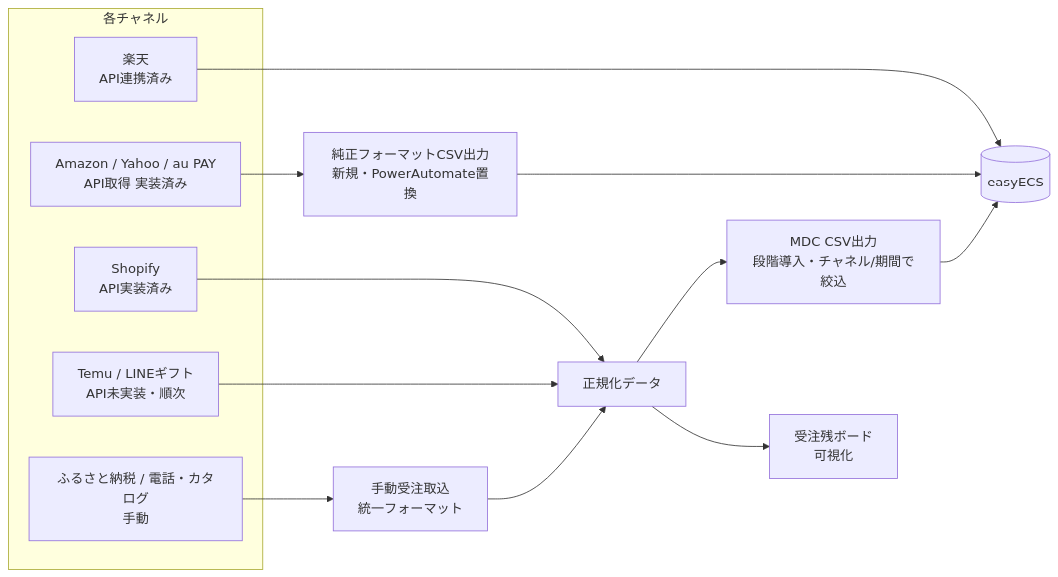
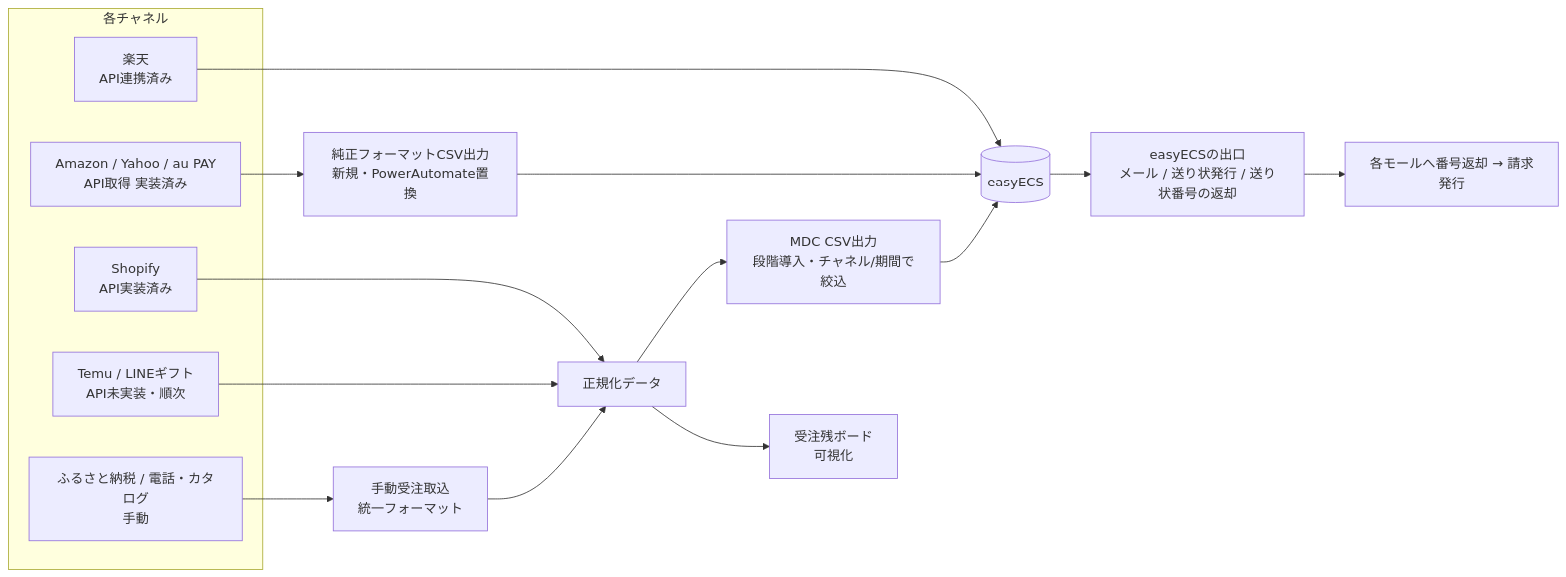
Before and after one commit to CHOISC1208/obisidian: the third of 3 diagrams in 03_freelance/03-03_緑茶園/打ち合わせ/2026-09-16/テーマ1 - 受注チャネル統合の方向性協議.md, drawn with Mermaid. The commit also changed other lines of this file and 9 other files, not shown here.

````diff
--- a/03_freelance/03-03_緑茶園/打ち合わせ/2026-09-16/テーマ1 - 受注チャネル統合の方向性協議.md
+++ b/03_freelance/03-03_緑茶園/打ち合わせ/2026-09-16/テーマ1 - 受注チャネル統合の方向性協議.md
@@ -71,24 +97,27 @@
 ```mermaid
 flowchart LR
     subgraph CH["各チャネル"]
         RAK2["楽天<br/>API連携済み"]
         AYA2["Amazon / Yahoo / au PAY<br/>API取得 実装済み"]
         SHP2["Shopify<br/>API実装済み"]
         TML2["Temu / LINEギフト<br/>API未実装・順次"]
         FTK2["ふるさと納税 / 電話・カタログ<br/>手動"]
     end
 
     RAK2 --> ECS[("easyECS")]
 
     AYA2 --> NCSV["純正フォーマットCSV出力<br/>新規・PowerAutomate置換"]
     NCSV --> ECS
 
     SHP2 --> NORM["正規化データ"]
     TML2 --> NORM
     FTK2 --> MAN["手動受注取込<br/>統一フォーマット"]
     MAN --> NORM
 
     NORM --> MDC["MDC CSV出力<br/>段階導入・チャネル/期間で絞込"]
     MDC --> ECS
     NORM --> BLG["受注残ボード<br/>可視化"]
+
+    ECS --> OUT["easyECSの出口<br/>メール / 送り状発行 / 送り状番号の返却"]
+    OUT --> BILL["各モールへ番号返却 → 請求発行"]
 ```
````
